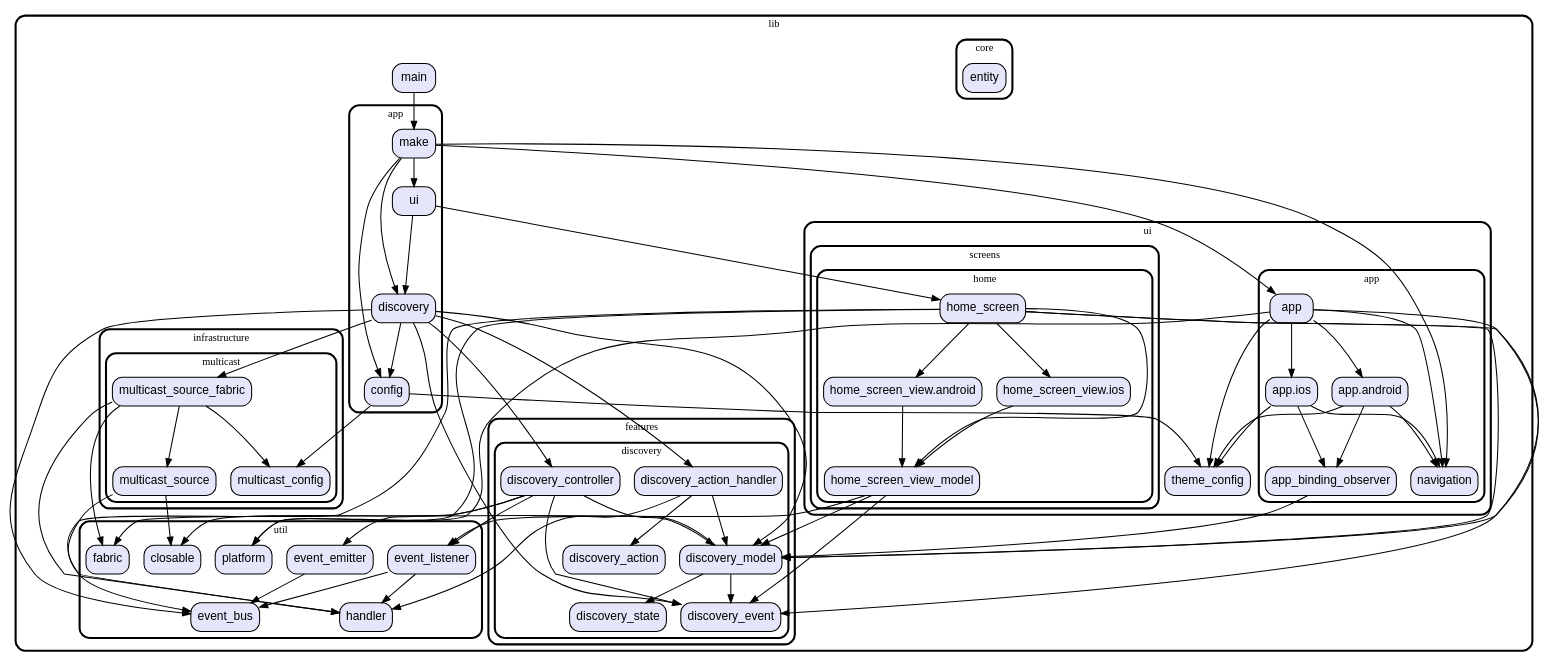
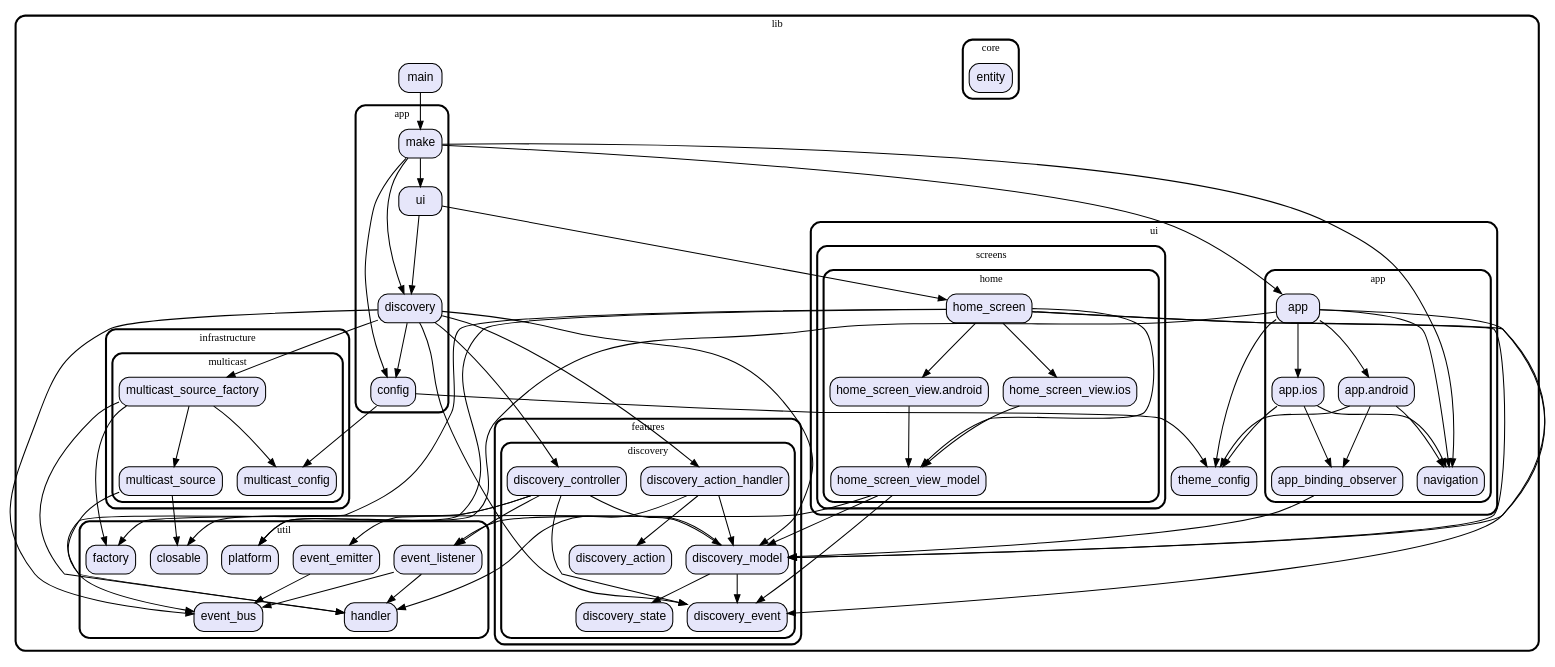
Before and after one commit to gev/reacthome-mobile: the diagram in modules.dot, drawn with Graphviz.

Commit message:
update modules graph

```diff
--- a/modules.dot
+++ b/modules.dot
@@ -1,167 +1,167 @@
 digraph "" {
   graph [style=rounded fontname="Arial Black" fontsize=13 penwidth=2.6];
   node [shape=rect style="filled,rounded" fontname=Arial fontsize=15 fillcolor=Lavender penwidth=1.3];
   edge [penwidth=1.3];
   "/ui/app/app.android.dart" [label="app.android"];
   "/ui/app/app_binding_observer.dart" [label="app_binding_observer"];
   "/ui/app/app.ios.dart" [label="app.ios"];
   "/ui/app/navigation.dart" [label="navigation"];
   "/ui/app/app.dart" [label="app"];
   "/ui/screens/home/home_screen_view.android.dart" [label="home_screen_view.android"];
   "/ui/screens/home/home_screen_view.ios.dart" [label="home_screen_view.ios"];
   "/ui/screens/home/home_screen_view_model.dart" [label="home_screen_view_model"];
   "/ui/screens/home/home_screen.dart" [label="home_screen"];
   "/ui/theme_config.dart" [label="theme_config"];
   "/core/entity.dart" [label="entity"];
   "/app/ui.dart" [label="ui"];
   "/app/config.dart" [label="config"];
   "/app/discovery.dart" [label="discovery"];
   "/app/make.dart" [label="make"];
   "/util/handler.dart" [label="handler"];
+  "/util/factory.dart" [label="factory"];
   "/util/event_bus.dart" [label="event_bus"];
   "/util/event_emitter.dart" [label="event_emitter"];
   "/util/platform.dart" [label="platform"];
   "/util/event_listener.dart" [label="event_listener"];
-  "/util/fabric.dart" [label="fabric"];
   "/util/closable.dart" [label="closable"];
   "/features/discovery/discovery_controller.dart" [label="discovery_controller"];
   "/features/discovery/discovery_model.dart" [label="discovery_model"];
   "/features/discovery/discovery_state.dart" [label="discovery_state"];
   "/features/discovery/discovery_event.dart" [label="discovery_event"];
   "/features/discovery/discovery_action_handler.dart" [label="discovery_action_handler"];
   "/features/discovery/discovery_action.dart" [label="discovery_action"];
   "/main.dart" [label="main"];
+  "/infrastructure/multicast/multicast_source_factory.dart" [label="multicast_source_factory"];
   "/infrastructure/multicast/multicast_source.dart" [label="multicast_source"];
   "/infrastructure/multicast/multicast_config.dart" [label="multicast_config"];
-  "/infrastructure/multicast/multicast_source_fabric.dart" [label="multicast_source_fabric"];
   subgraph "cluster~" {
     label="lib";
     "/main.dart";
     subgraph "cluster~/ui" {
       label="ui";
       "/ui/theme_config.dart";
       subgraph "cluster~/ui/app" {
         label="app";
         "/ui/app/app.android.dart";
         "/ui/app/app_binding_observer.dart";
         "/ui/app/app.ios.dart";
         "/ui/app/navigation.dart";
         "/ui/app/app.dart";
       }
       subgraph "cluster~/ui/screens" {
         label="screens";
         subgraph "cluster~/ui/screens/home" {
           label="home";
           "/ui/screens/home/home_screen_view.android.dart";
           "/ui/screens/home/home_screen_view.ios.dart";
           "/ui/screens/home/home_screen_view_model.dart";
           "/ui/screens/home/home_screen.dart";
         }
       }
     }
     subgraph "cluster~/core" {
       label="core";
       "/core/entity.dart";
     }
     subgraph "cluster~/app" {
       label="app";
       "/app/ui.dart";
       "/app/config.dart";
       "/app/discovery.dart";
       "/app/make.dart";
     }
     subgraph "cluster~/util" {
       label="util";
       "/util/handler.dart";
+      "/util/factory.dart";
       "/util/event_bus.dart";
       "/util/event_emitter.dart";
       "/util/platform.dart";
       "/util/event_listener.dart";
-      "/util/fabric.dart";
       "/util/closable.dart";
     }
     subgraph "cluster~/features" {
       label="features";
       subgraph "cluster~/features/discovery" {
         label="discovery";
         "/features/discovery/discovery_controller.dart";
         "/features/discovery/discovery_model.dart";
         "/features/discovery/discovery_state.dart";
         "/features/discovery/discovery_event.dart";
         "/features/discovery/discovery_action_handler.dart";
         "/features/discovery/discovery_action.dart";
       }
     }
     subgraph "cluster~/infrastructure" {
       label="infrastructure";
       subgraph "cluster~/infrastructure/multicast" {
         label="multicast";
+        "/infrastructure/multicast/multicast_source_factory.dart";
         "/infrastructure/multicast/multicast_source.dart";
         "/infrastructure/multicast/multicast_config.dart";
-        "/infrastructure/multicast/multicast_source_fabric.dart";
       }
     }
   }
   "/ui/app/app.android.dart" -> "/ui/app/app_binding_observer.dart";
   "/ui/app/app.android.dart" -> "/ui/app/navigation.dart";
   "/ui/app/app.android.dart" -> "/ui/theme_config.dart";
   "/ui/app/app_binding_observer.dart" -> "/features/discovery/discovery_model.dart";
   "/ui/app/app.ios.dart" -> "/ui/app/app_binding_observer.dart";
   "/ui/app/app.ios.dart" -> "/ui/app/navigation.dart";
   "/ui/app/app.ios.dart" -> "/ui/theme_config.dart";
   "/ui/app/app.dart" -> "/features/discovery/discovery_model.dart";
   "/ui/app/app.dart" -> "/ui/app/app.android.dart";
   "/ui/app/app.dart" -> "/ui/app/app.ios.dart";
   "/ui/app/app.dart" -> "/ui/app/navigation.dart";
   "/ui/app/app.dart" -> "/ui/theme_config.dart";
   "/ui/app/app.dart" -> "/util/platform.dart";
   "/ui/screens/home/home_screen_view.android.dart" -> "/ui/screens/home/home_screen_view_model.dart";
   "/ui/screens/home/home_screen_view.ios.dart" -> "/ui/screens/home/home_screen_view_model.dart";
   "/ui/screens/home/home_screen_view_model.dart" -> "/features/discovery/discovery_event.dart";
   "/ui/screens/home/home_screen_view_model.dart" -> "/features/discovery/discovery_model.dart";
   "/ui/screens/home/home_screen_view_model.dart" -> "/util/event_listener.dart";
   "/ui/screens/home/home_screen.dart" -> "/features/discovery/discovery_event.dart";
   "/ui/screens/home/home_screen.dart" -> "/features/discovery/discovery_model.dart";
   "/ui/screens/home/home_screen.dart" -> "/ui/screens/home/home_screen_view.android.dart";
   "/ui/screens/home/home_screen.dart" -> "/ui/screens/home/home_screen_view.ios.dart";
   "/ui/screens/home/home_screen.dart" -> "/ui/screens/home/home_screen_view_model.dart";
   "/ui/screens/home/home_screen.dart" -> "/util/event_bus.dart";
   "/ui/screens/home/home_screen.dart" -> "/util/platform.dart";
   "/app/ui.dart" -> "/app/discovery.dart";
   "/app/ui.dart" -> "/ui/screens/home/home_screen.dart";
   "/app/config.dart" -> "/infrastructure/multicast/multicast_config.dart";
   "/app/config.dart" -> "/ui/theme_config.dart";
   "/app/discovery.dart" -> "/app/config.dart";
   "/app/discovery.dart" -> "/features/discovery/discovery_action_handler.dart";
   "/app/discovery.dart" -> "/features/discovery/discovery_controller.dart";
   "/app/discovery.dart" -> "/features/discovery/discovery_event.dart";
   "/app/discovery.dart" -> "/features/discovery/discovery_model.dart";
-  "/app/discovery.dart" -> "/infrastructure/multicast/multicast_source_fabric.dart";
+  "/app/discovery.dart" -> "/infrastructure/multicast/multicast_source_factory.dart";
   "/app/discovery.dart" -> "/util/event_bus.dart";
   "/app/make.dart" -> "/app/config.dart";
   "/app/make.dart" -> "/app/discovery.dart";
   "/app/make.dart" -> "/app/ui.dart";
   "/app/make.dart" -> "/ui/app/app.dart";
   "/app/make.dart" -> "/ui/app/navigation.dart";
   "/util/event_emitter.dart" -> "/util/event_bus.dart";
   "/util/event_listener.dart" -> "/util/event_bus.dart";
   "/util/event_listener.dart" -> "/util/handler.dart";
   "/features/discovery/discovery_controller.dart" -> "/features/discovery/discovery_event.dart";
   "/features/discovery/discovery_controller.dart" -> "/features/discovery/discovery_model.dart";
   "/features/discovery/discovery_controller.dart" -> "/util/closable.dart";
   "/features/discovery/discovery_controller.dart" -> "/util/event_listener.dart";
-  "/features/discovery/discovery_controller.dart" -> "/util/fabric.dart";
+  "/features/discovery/discovery_controller.dart" -> "/util/factory.dart";
   "/features/discovery/discovery_model.dart" -> "/features/discovery/discovery_event.dart";
   "/features/discovery/discovery_model.dart" -> "/util/event_emitter.dart";
   "/features/discovery/discovery_model.dart" -> "/features/discovery/discovery_state.dart";
   "/features/discovery/discovery_action_handler.dart" -> "/features/discovery/discovery_action.dart";
   "/features/discovery/discovery_action_handler.dart" -> "/features/discovery/discovery_model.dart";
   "/features/discovery/discovery_action_handler.dart" -> "/util/handler.dart";
   "/main.dart" -> "/app/make.dart";
+  "/infrastructure/multicast/multicast_source_factory.dart" -> "/infrastructure/multicast/multicast_config.dart";
+  "/infrastructure/multicast/multicast_source_factory.dart" -> "/infrastructure/multicast/multicast_source.dart";
+  "/infrastructure/multicast/multicast_source_factory.dart" -> "/util/factory.dart";
+  "/infrastructure/multicast/multicast_source_factory.dart" -> "/util/handler.dart";
   "/infrastructure/multicast/multicast_source.dart" -> "/util/closable.dart";
   "/infrastructure/multicast/multicast_source.dart" -> "/util/handler.dart";
-  "/infrastructure/multicast/multicast_source_fabric.dart" -> "/infrastructure/multicast/multicast_config.dart";
-  "/infrastructure/multicast/multicast_source_fabric.dart" -> "/infrastructure/multicast/multicast_source.dart";
-  "/infrastructure/multicast/multicast_source_fabric.dart" -> "/util/fabric.dart";
-  "/infrastructure/multicast/multicast_source_fabric.dart" -> "/util/handler.dart";
 }
```
